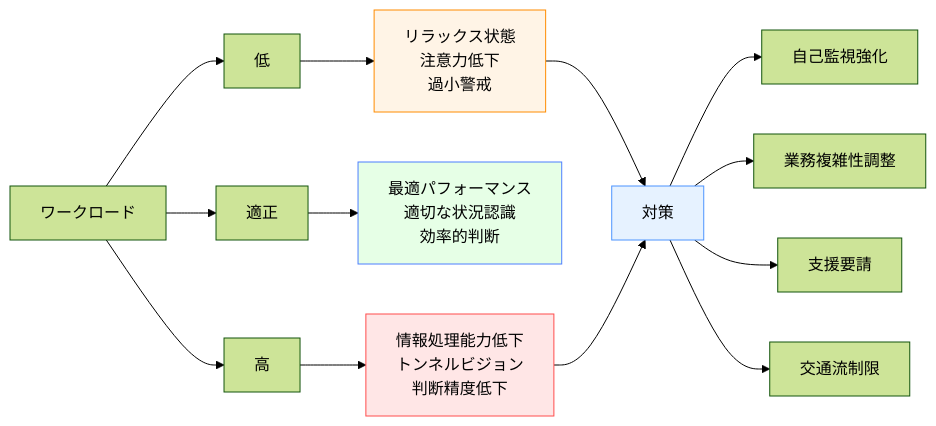
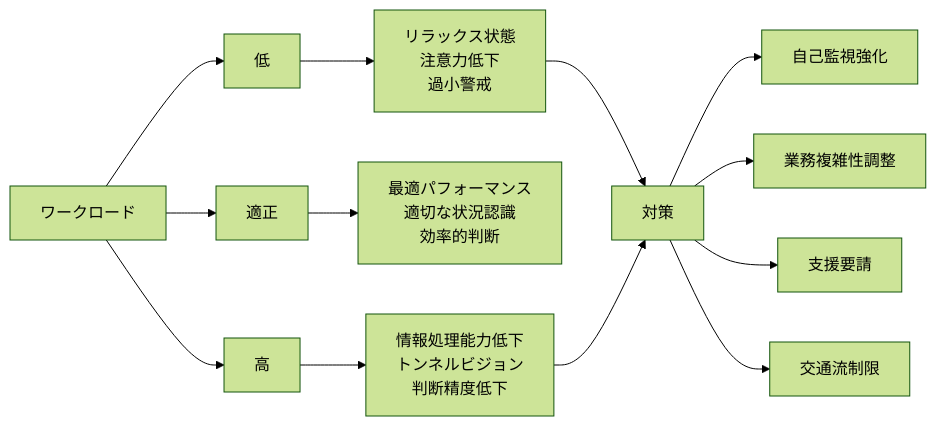
One commit to shuji-bonji/Situational-Awareness-and-Decision-Making changed the sixth of 12 diagrams in docs/applications/aviation-dm.md. Above: the diagram before and after it, drawn with Mermaid (forest theme). The commit also changed other lines of this file and 49 other files, not shown here.

Commit message:
fix: ダークモードで見づらい図の色の変更

````diff
--- a/docs/applications/aviation-dm.md
+++ b/docs/applications/aviation-dm.md
@@ -238,23 +216,18 @@
     ```mermaid
     graph LR
         A[ワークロード] --> B[低]
         A --> C[適正]
         A --> D[高]
         
         B --> B1[リラックス状態<br>注意力低下<br>過小警戒]
         C --> C1[最適パフォーマンス<br>適切な状況認識<br>効率的判断]
         D --> D1[情報処理能力低下<br>トンネルビジョン<br>判断精度低下]
         
         B1 --> E[対策]
         D1 --> E
         
         E --> E1[自己監視強化]
         E --> E2[業務複雑性調整]
         E --> E3[支援要請]
         E --> E4[交通流制限]
-        
-        style C1 fill:#e6ffe6,stroke:#4d7fff
-        style B1 fill:#fff4e6,stroke:#ff8c00
-        style D1 fill:#ffe6e6,stroke:#ff4d4d
-        style E fill:#e6f2ff,stroke:#4d94ff
     ```
````
